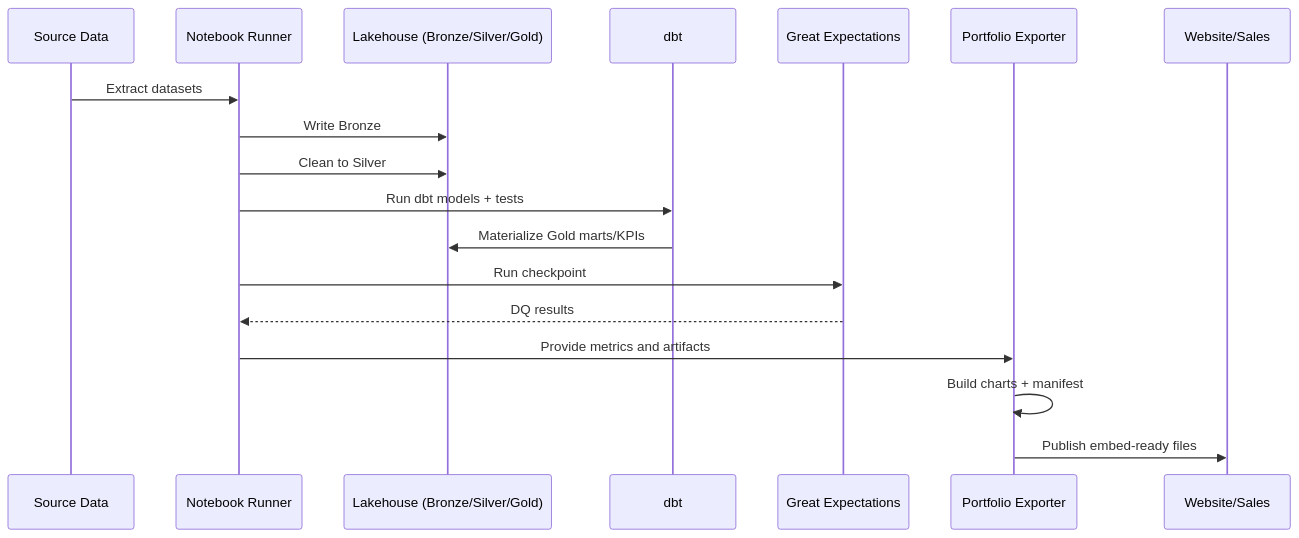
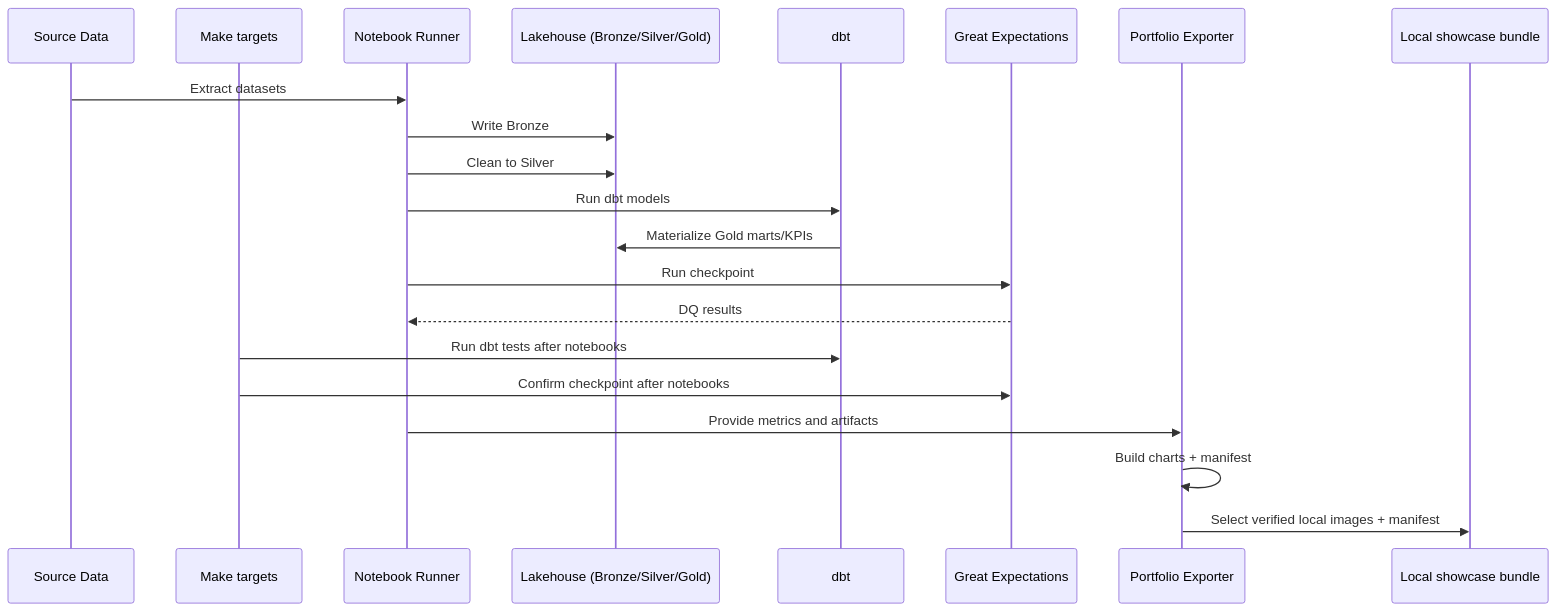
One commit to phaiffer/enterprise-industrial-data-platform changed the third of 3 diagrams in docs/portfolio/TECHNICAL_OVERVIEW.md. Above: the diagram before and after it, drawn with Mermaid. The commit also changed other lines of this file and 27 other files, not shown here.

Commit message:
feat(showcase): prepare local technical demo for portfolio

````diff
--- a/docs/portfolio/TECHNICAL_OVERVIEW.md
+++ b/docs/portfolio/TECHNICAL_OVERVIEW.md
@@ -37,21 +36,24 @@
 ```mermaid
 sequenceDiagram
     participant S as Source Data
+    participant M as Make targets
     participant N as Notebook Runner
     participant L as Lakehouse (Bronze/Silver/Gold)
     participant D as dbt
     participant Q as Great Expectations
     participant P as Portfolio Exporter
-    participant W as Website/Sales
+    participant W as Local showcase bundle
 
     S->>N: Extract datasets
     N->>L: Write Bronze
     N->>L: Clean to Silver
-    N->>D: Run dbt models + tests
+    N->>D: Run dbt models
     D->>L: Materialize Gold marts/KPIs
     N->>Q: Run checkpoint
     Q-->>N: DQ results
+    M->>D: Run dbt tests after notebooks
+    M->>Q: Confirm checkpoint after notebooks
     N->>P: Provide metrics and artifacts
     P->>P: Build charts + manifest
-    P->>W: Publish embed-ready files
+    P->>W: Select verified local images + manifest
 ```
````
